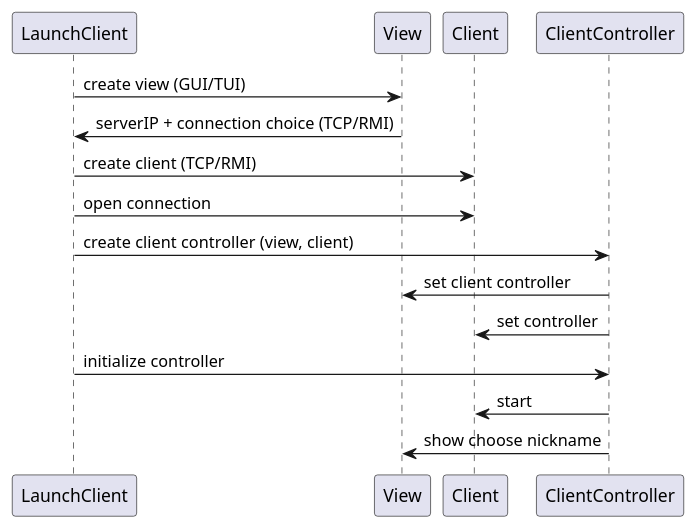
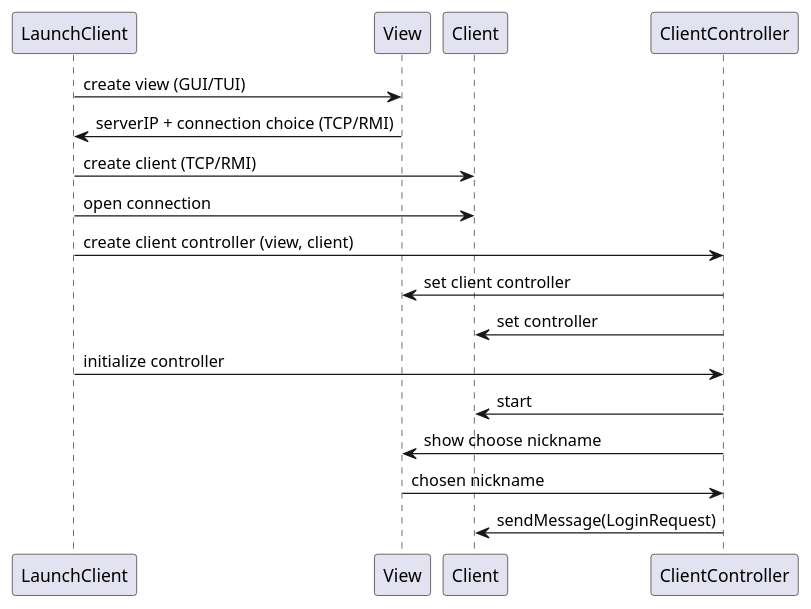
The diagram in deliverables/highLevelUML/clent_launch.puml (LucaBardaPoli/IS23-AM11), drawn with PlantUML before and after one commit. The commit also changed 5 other files, not shown here.

Commit message:
sequence diagrams

```diff
--- a/deliverables/highLevelUML/clent_launch.puml
+++ b/deliverables/highLevelUML/clent_launch.puml
@@ -1,16 +1,18 @@
 @startuml
 'https://plantuml.com/sequence-diagram
 
 
 LaunchClient -> View: create view (GUI/TUI)
 View -> LaunchClient: serverIP + connection choice (TCP/RMI)
 
 LaunchClient -> Client: create client (TCP/RMI)
 LaunchClient -> Client: open connection
 LaunchClient -> ClientController: create client controller (view, client)
 ClientController -> View: set client controller
 ClientController -> Client: set controller
 LaunchClient -> ClientController: initialize controller
 ClientController -> Client: start
 ClientController -> View: show choose nickname
+View -> ClientController: chosen nickname
+ClientController -> Client: sendMessage(LoginRequest)
 @enduml
```
